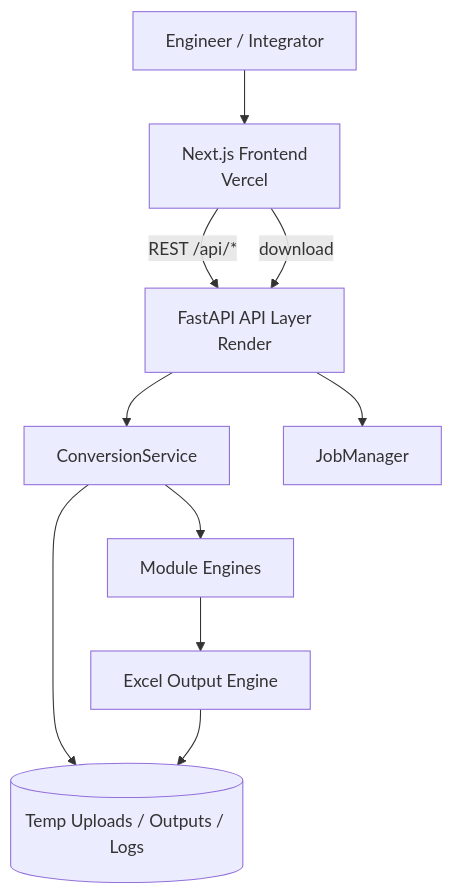
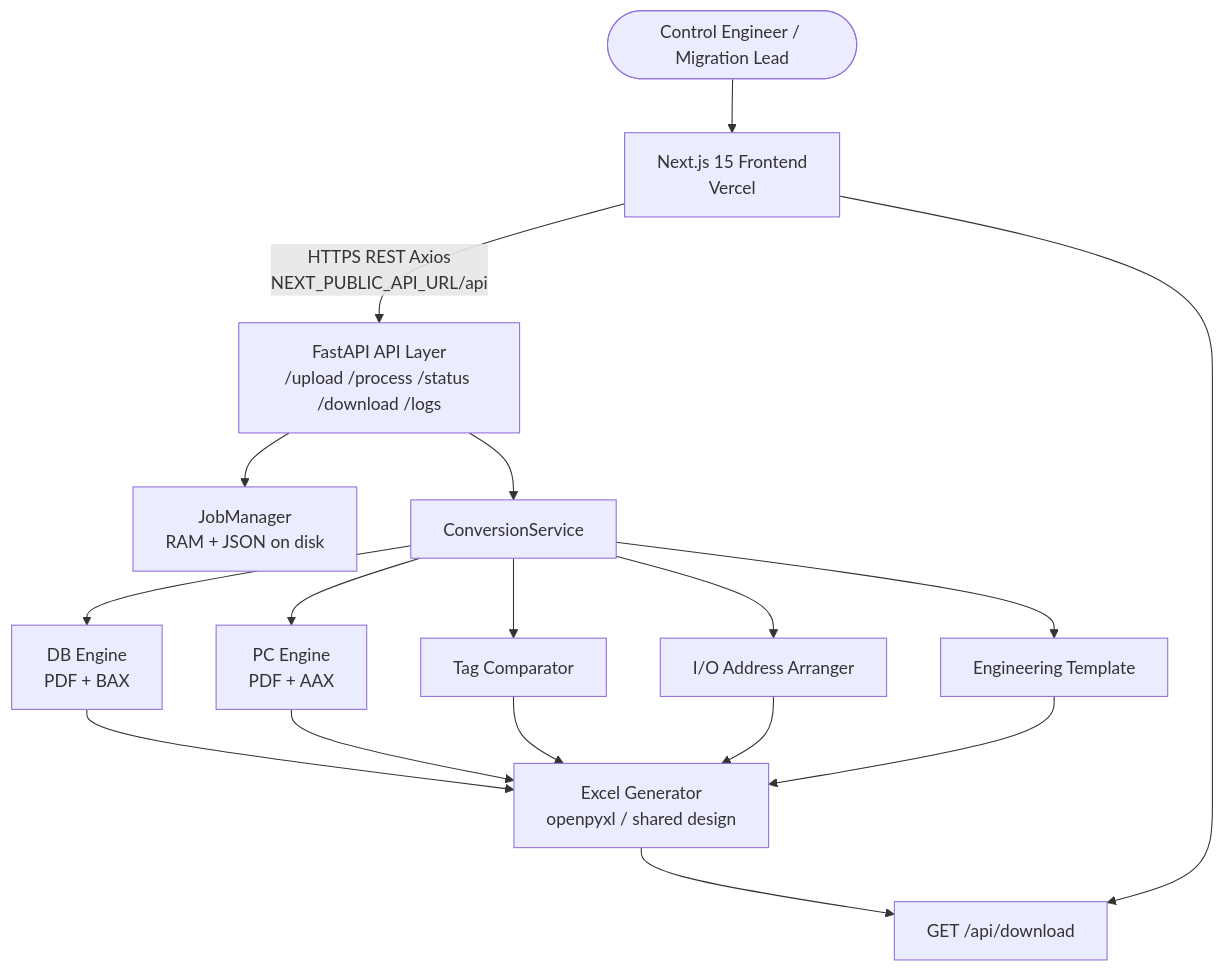
One commit to vedantlanjekar-official/ABB-AC450-Migration-Studio changed the first of 2 diagrams in README.md. Above: the diagram before and after it, drawn with Mermaid. The commit also changed other lines of this file and 36 other files, not shown here.

````diff
--- a/README.md
+++ b/README.md
@@ -364,21 +191,15 @@
 ```mermaid
 flowchart TB
-  User[Engineer / Integrator]
-  UI[Next.js Frontend<br/>Vercel]
-  API[FastAPI API Layer<br/>Render]
-  CS[ConversionService]
-  JM[JobManager]
-  Engines[Module Engines]
-  XLSX[Excel Output Engine]
-  FS[(Temp Uploads / Outputs / Logs)]
-
-  User --> UI
-  UI -->|REST /api/*| API
-  API --> JM
-  API --> CS
-  CS --> Engines
-  Engines --> XLSX
-  CS --> FS
-  XLSX --> FS
-  UI -->|download| API
+  User([Control Engineer / Migration Lead]) --> FE[Next.js 15 Frontend<br/>Vercel]
+  FE -->|HTTPS REST Axios<br/>NEXT_PUBLIC_API_URL/api| API[FastAPI API Layer<br/>/upload /process /status /download /logs]
+  API --> JM[JobManager<br/>RAM + JSON on disk]
+  API --> CS[ConversionService]
+  CS --> DB[DB Engine<br/>PDF + BAX]
+  CS --> PC[PC Engine<br/>PDF + AAX]
+  CS --> CMP[Tag Comparator]
+  CS --> IO[I/O Address Arranger]
+  CS --> TPL[Engineering Template]
+  DB & PC & CMP & IO & TPL --> XLS[Excel Generator<br/>openpyxl / shared design]
+  XLS --> DL[GET /api/download]
+  FE --> DL
 ```
````
